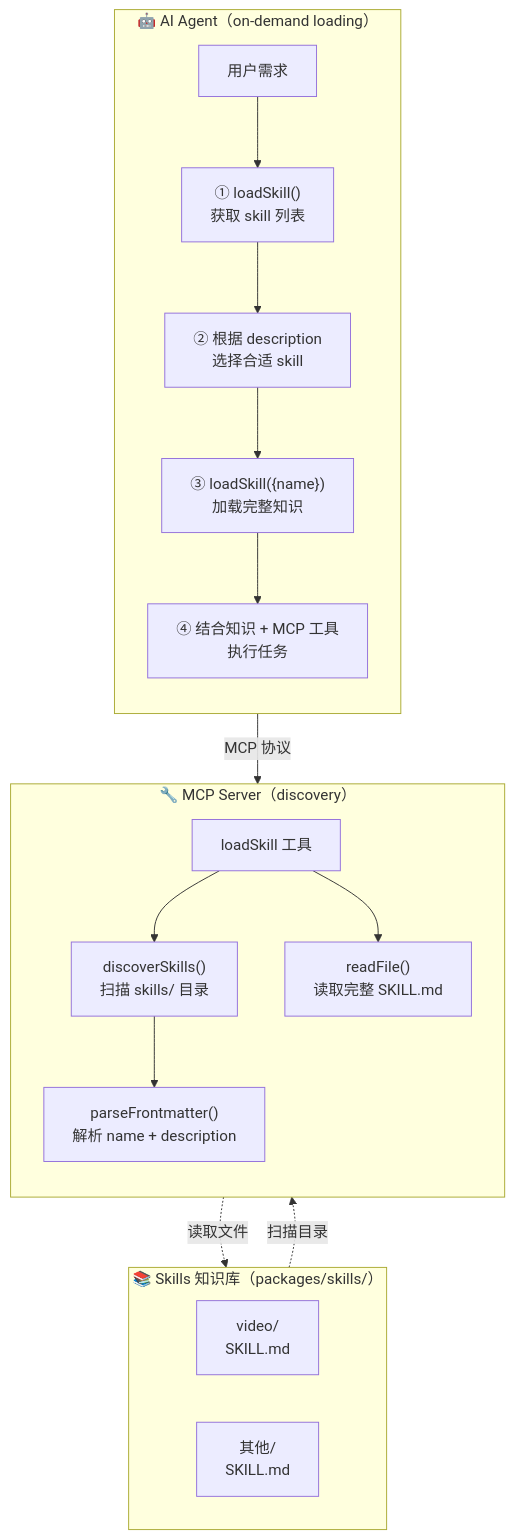
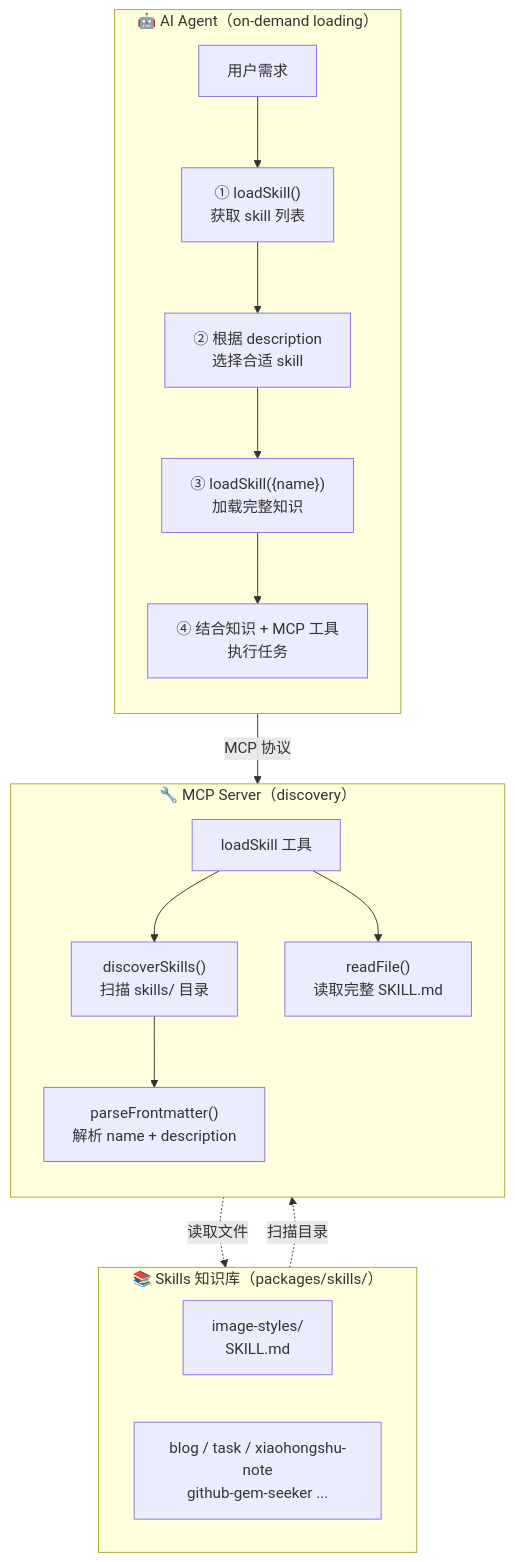
Before and after one commit to xiaoshengkai/xiaoshengkai-ai: the diagram in packages/skills/README.md, drawn with Mermaid. The commit also changed other lines of this file and 5 other files, not shown here.

````diff
--- a/packages/skills/README.md
+++ b/packages/skills/README.md
@@ -16,32 +16,32 @@
 ```mermaid
 flowchart TB
   subgraph SKILLS["📚 Skills 知识库（packages/skills/）"]
     direction LR
-    S1["video/<br/>SKILL.md"]
-    S2["其他/<br/>SKILL.md"]
+    S1["image-styles/<br/>SKILL.md"]
+    S2["blog / task / xiaohongshu-note<br/>github-gem-seeker ..."]
   end
 
   subgraph MCP["🔧 MCP Server（discovery）"]
     direction TB
     T1["loadSkill 工具"]
     T2["discoverSkills()<br/>扫描 skills/ 目录"]
     T3["parseFrontmatter()<br/>解析 name + description"]
     T4["readFile()<br/>读取完整 SKILL.md"]
     T1 --> T2 --> T3
     T1 --> T4
   end
 
   subgraph AI["🤖 AI Agent（on-demand loading）"]
     direction TB
     A1["用户需求"]
     A2["① loadSkill()<br/>获取 skill 列表"]
     A3["② 根据 description<br/>选择合适 skill"]
     A4["③ loadSkill({name})<br/>加载完整知识"]
     A5["④ 结合知识 + MCP 工具<br/>执行任务"]
     A1 --> A2 --> A3 --> A4 --> A5
   end
 
   SKILLS -.->|"扫描目录"| T2
   T4 -.->|"读取文件"| SKILLS
   AI -->|"MCP 协议"| MCP
 ```
````
